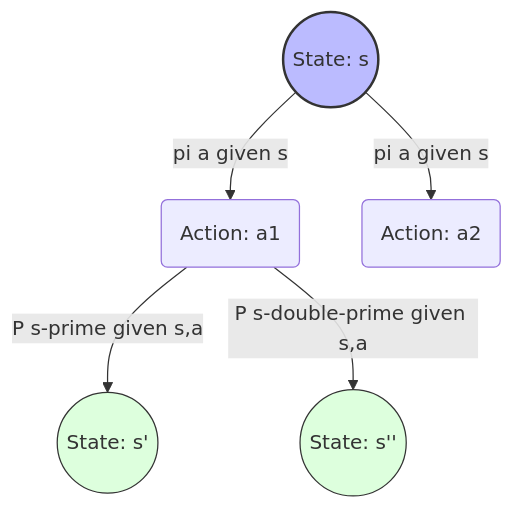
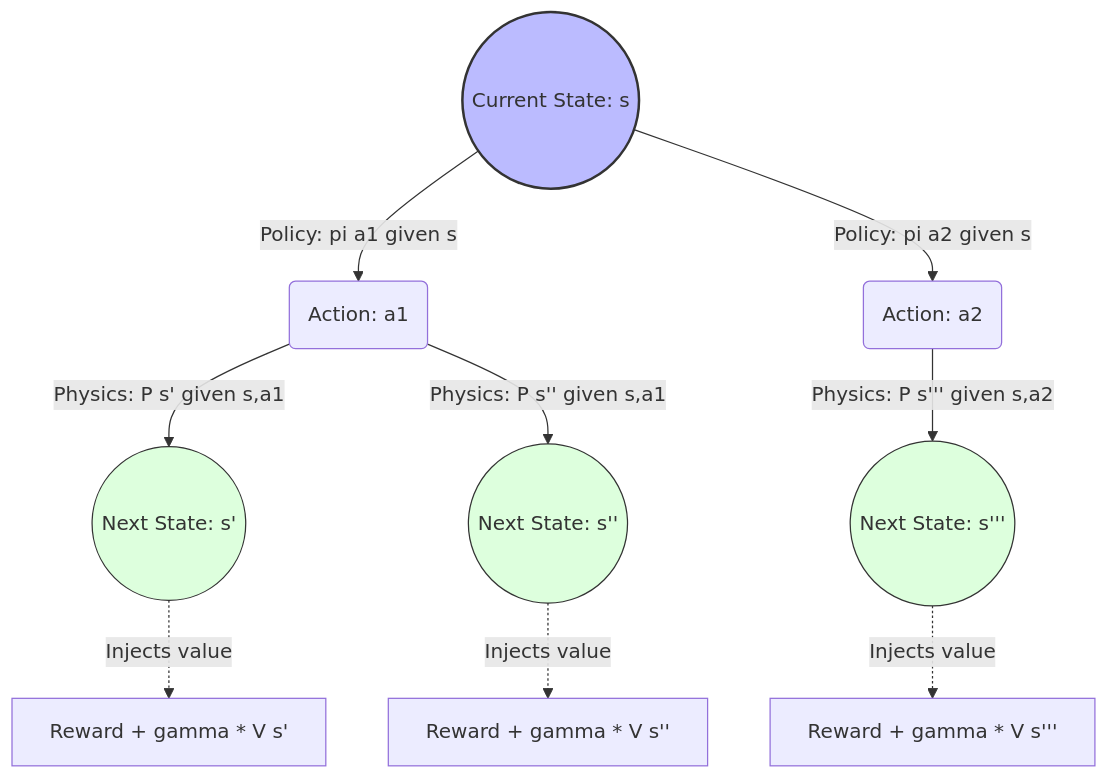
Before and after one commit to Strider221B/Strider221B.github.io: the third of 4 diagrams in content/data-science/post-11-policy-eval.md, drawn with Mermaid. The commit also changed other lines of this file, not shown here.

````diff
--- a/content/data-science/post-11-policy-eval.md
+++ b/content/data-science/post-11-policy-eval.md
@@ -79,12 +138,31 @@
 ```mermaid
 graph TD
-    S((State: s)) -->|pi a given s| A1(Action: a1)
-    S -->|pi a given s| A2(Action: a2)
+    %% Define Nodes
+    S((Current State: s))
     
-    A1 -->|P s-prime given s,a| S_next1((State: s'))
-    A1 -->|P s-double-prime given s,a| S_next2((State: s''))
+    A1(Action: a1)
+    A2(Action: a2)
     
+    S_next1((Next State: s'))
+    S_next2((Next State: s''))
+    S_next3((Next State: s'''))
+
+    %% Connect Nodes with Probability Labels
+    S -->|Policy: pi a1 given s| A1
+    S -->|Policy: pi a2 given s| A2
+    
+    A1 -->|Physics: P s' given s,a1| S_next1
+    A1 -->|Physics: P s'' given s,a1| S_next2
+    A2 -->|Physics: P s''' given s,a2| S_next3
+
+    %% Note Labels for Value Injection
+    S_next1 -.->|Injects value| V1[Reward + gamma * V s']
+    S_next2 -.->|Injects value| V2[Reward + gamma * V s'']
+    S_next3 -.->|Injects value| V3[Reward + gamma * V s''']
+
+    %% Styling
     style S fill:#bbf,stroke:#333,stroke-width:2px
     style S_next1 fill:#dfd,stroke:#333
     style S_next2 fill:#dfd,stroke:#333
+    style S_next3 fill:#dfd,stroke:#333
 ```
````
